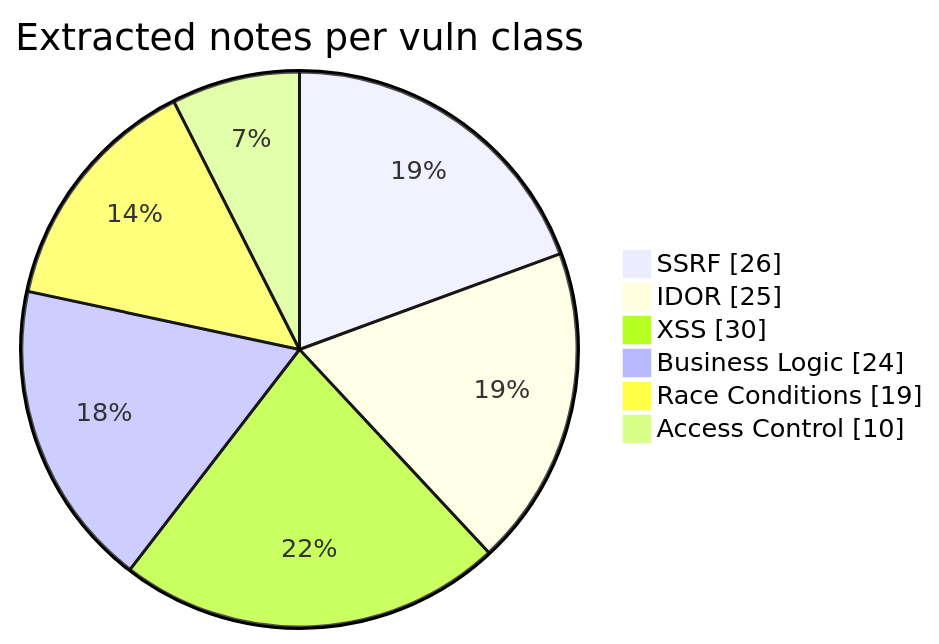
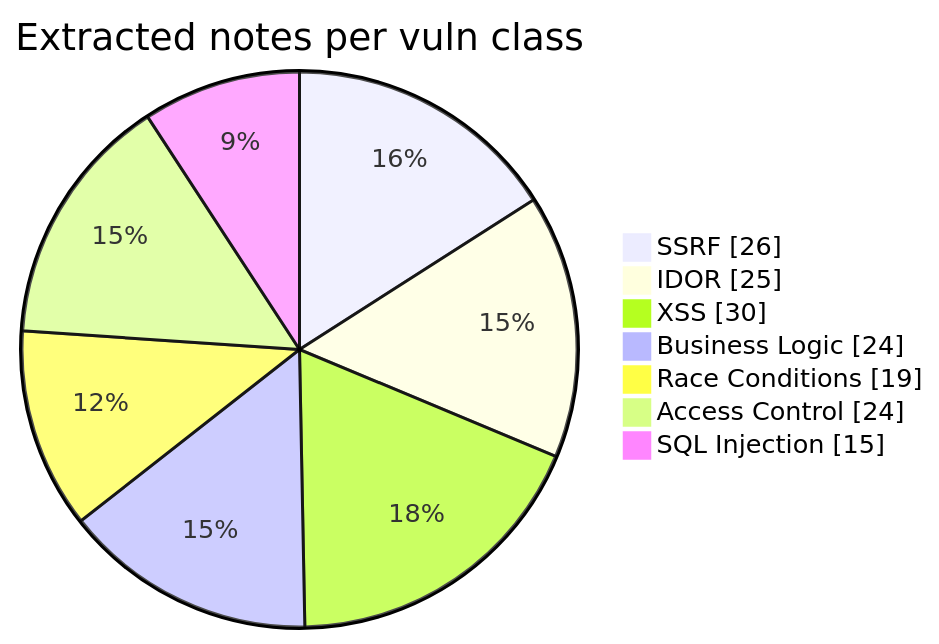
The second of 3 diagrams in README.md (AmanJ24/claude-bountycraft-skills), drawn with Mermaid before and after one commit. The commit also changed other lines of this file, not shown here.

First line of the commit message:
Update README: SQL Injection shipped (7 skills)

````diff
--- a/README.md
+++ b/README.md
@@ -78,10 +79,11 @@
 ```mermaid
 pie showData
     title Extracted notes per vuln class
     "SSRF" : 26
     "IDOR" : 25
     "XSS" : 30
     "Business Logic" : 24
     "Race Conditions" : 19
-    "Access Control" : 10
+    "Access Control" : 24
+    "SQL Injection" : 15
 ```
````
